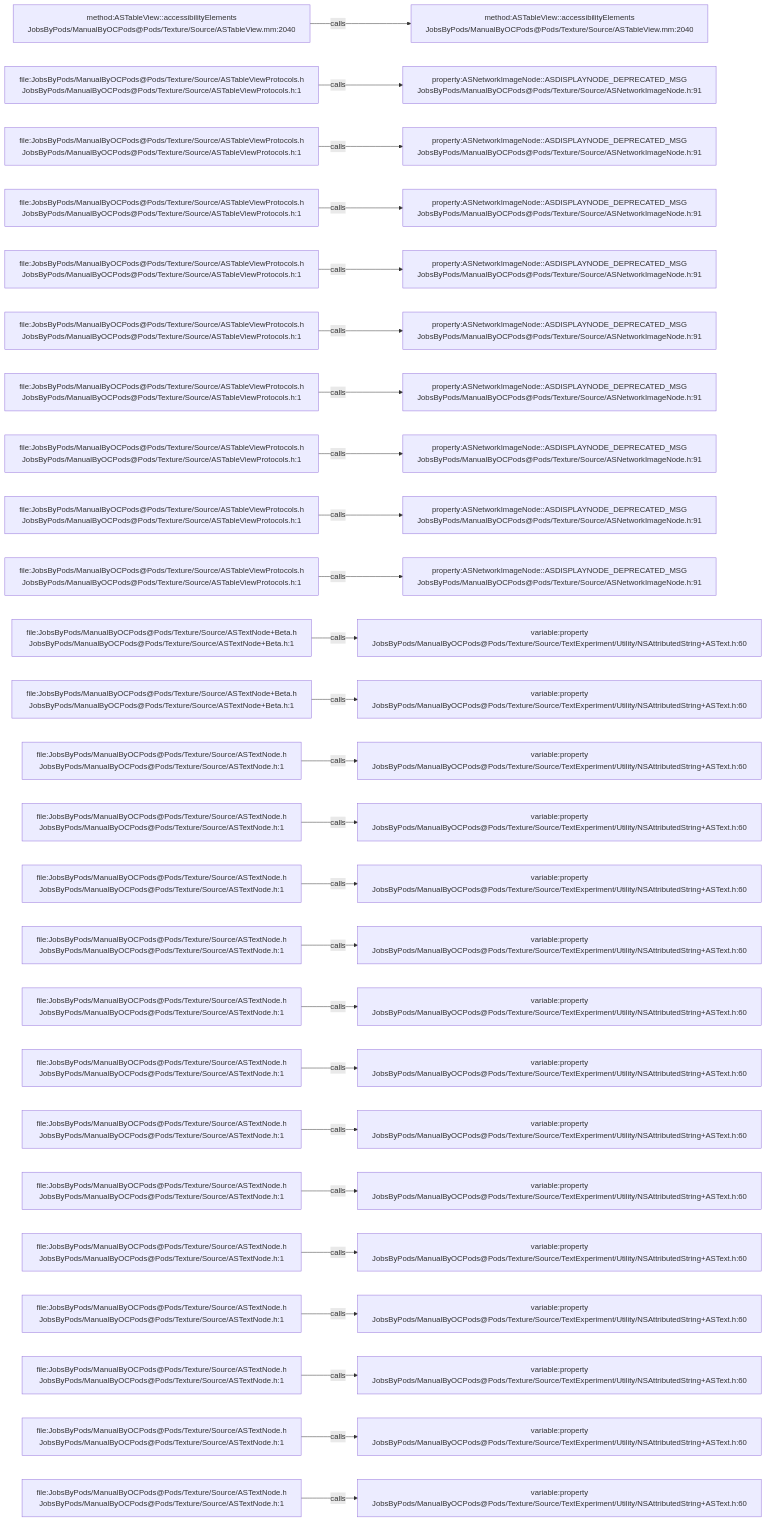
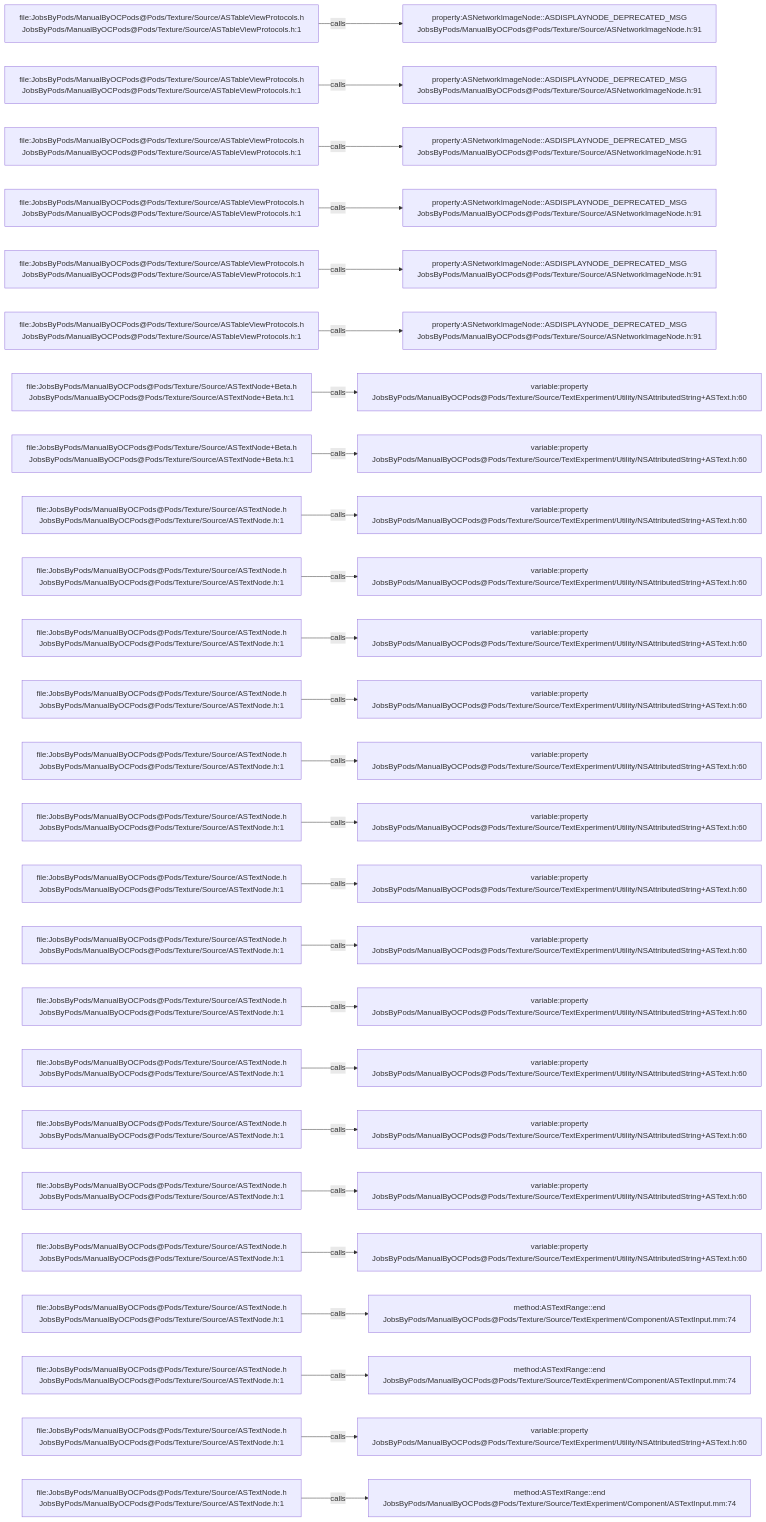
One commit to JobsKits/JobsOCBaseConfigDemo changed the diagram in .codegraph/codegraph.md/graphs/calls-130.md. Above: the diagram before and after it, drawn with Mermaid. The commit also changed 727 other files, not shown here.

````diff
--- a/.codegraph/codegraph.md/graphs/calls-130.md
+++ b/.codegraph/codegraph.md/graphs/calls-130.md
@@ -13,78 +13,78 @@
 ```mermaid
 flowchart LR
-  S1["method:ASTableView::accessibilityElements<br/>JobsByPods/ManualByOCPods@Pods/Texture/Source/ASTableView.mm:2040"]
-  T1["method:ASTableView::accessibilityElements<br/>JobsByPods/ManualByOCPods@Pods/Texture/Source/ASTableView.mm:2040"]
+  S1["file:JobsByPods/ManualByOCPods@Pods/Texture/Source/ASTableViewProtocols.h<br/>JobsByPods/ManualByOCPods@Pods/Texture/Source/ASTableViewProtocols.h:1"]
+  T1["property:ASNetworkImageNode::ASDISPLAYNODE_DEPRECATED_MSG<br/>JobsByPods/ManualByOCPods@Pods/Texture/Source/ASNetworkImageNode.h:91"]
   S1 -->|calls| T1
   S2["file:JobsByPods/ManualByOCPods@Pods/Texture/Source/ASTableViewProtocols.h<br/>JobsByPods/ManualByOCPods@Pods/Texture/Source/ASTableViewProtocols.h:1"]
   T2["property:ASNetworkImageNode::ASDISPLAYNODE_DEPRECATED_MSG<br/>JobsByPods/ManualByOCPods@Pods/Texture/Source/ASNetworkImageNode.h:91"]
   S2 -->|calls| T2
   S3["file:JobsByPods/ManualByOCPods@Pods/Texture/Source/ASTableViewProtocols.h<br/>JobsByPods/ManualByOCPods@Pods/Texture/Source/ASTableViewProtocols.h:1"]
   T3["property:ASNetworkImageNode::ASDISPLAYNODE_DEPRECATED_MSG<br/>JobsByPods/ManualByOCPods@Pods/Texture/Source/ASNetworkImageNode.h:91"]
   S3 -->|calls| T3
   S4["file:JobsByPods/ManualByOCPods@Pods/Texture/Source/ASTableViewProtocols.h<br/>JobsByPods/ManualByOCPods@Pods/Texture/Source/ASTableViewProtocols.h:1"]
   T4["property:ASNetworkImageNode::ASDISPLAYNODE_DEPRECATED_MSG<br/>JobsByPods/ManualByOCPods@Pods/Texture/Source/ASNetworkImageNode.h:91"]
   S4 -->|calls| T4
   S5["file:JobsByPods/ManualByOCPods@Pods/Texture/Source/ASTableViewProtocols.h<br/>JobsByPods/ManualByOCPods@Pods/Texture/Source/ASTableViewProtocols.h:1"]
   T5["property:ASNetworkImageNode::ASDISPLAYNODE_DEPRECATED_MSG<br/>JobsByPods/ManualByOCPods@Pods/Texture/Source/ASNetworkImageNode.h:91"]
   S5 -->|calls| T5
   S6["file:JobsByPods/ManualByOCPods@Pods/Texture/Source/ASTableViewProtocols.h<br/>JobsByPods/ManualByOCPods@Pods/Texture/Source/ASTableViewProtocols.h:1"]
   T6["property:ASNetworkImageNode::ASDISPLAYNODE_DEPRECATED_MSG<br/>JobsByPods/ManualByOCPods@Pods/Texture/Source/ASNetworkImageNode.h:91"]
   S6 -->|calls| T6
-  S7["file:JobsByPods/ManualByOCPods@Pods/Texture/Source/ASTableViewProtocols.h<br/>JobsByPods/ManualByOCPods@Pods/Texture/Source/ASTableViewProtocols.h:1"]
-  T7["property:ASNetworkImageNode::ASDISPLAYNODE_DEPRECATED_MSG<br/>JobsByPods/ManualByOCPods@Pods/Texture/Source/ASNetworkImageNode.h:91"]
+  S7["file:JobsByPods/ManualByOCPods@Pods/Texture/Source/ASTextNode+Beta.h<br/>JobsByPods/ManualByOCPods@Pods/Texture/Source/ASTextNode+Beta.h:1"]
+  T7["variable:property<br/>JobsByPods/ManualByOCPods@Pods/Texture/Source/TextExperiment/Utility/NSAttributedString+ASText.h:60"]
   S7 -->|calls| T7
-  S8["file:JobsByPods/ManualByOCPods@Pods/Texture/Source/ASTableViewProtocols.h<br/>JobsByPods/ManualByOCPods@Pods/Texture/Source/ASTableViewProtocols.h:1"]
-  T8["property:ASNetworkImageNode::ASDISPLAYNODE_DEPRECATED_MSG<br/>JobsByPods/ManualByOCPods@Pods/Texture/Source/ASNetworkImageNode.h:91"]
+  S8["file:JobsByPods/ManualByOCPods@Pods/Texture/Source/ASTextNode+Beta.h<br/>JobsByPods/ManualByOCPods@Pods/Texture/Source/ASTextNode+Beta.h:1"]
+  T8["variable:property<br/>JobsByPods/ManualByOCPods@Pods/Texture/Source/TextExperiment/Utility/NSAttributedString+ASText.h:60"]
   S8 -->|calls| T8
-  S9["file:JobsByPods/ManualByOCPods@Pods/Texture/Source/ASTableViewProtocols.h<br/>JobsByPods/ManualByOCPods@Pods/Texture/Source/ASTableViewProtocols.h:1"]
-  T9["property:ASNetworkImageNode::ASDISPLAYNODE_DEPRECATED_MSG<br/>JobsByPods/ManualByOCPods@Pods/Texture/Source/ASNetworkImageNode.h:91"]
+  S9["file:JobsByPods/ManualByOCPods@Pods/Texture/Source/ASTextNode.h<br/>JobsByPods/ManualByOCPods@Pods/Texture/Source/ASTextNode.h:1"]
+  T9["variable:property<br/>JobsByPods/ManualByOCPods@Pods/Texture/Source/TextExperiment/Utility/NSAttributedString+ASText.h:60"]
   S9 -->|calls| T9
-  S10["file:JobsByPods/ManualByOCPods@Pods/Texture/Source/ASTableViewProtocols.h<br/>JobsByPods/ManualByOCPods@Pods/Texture/Source/ASTableViewProtocols.h:1"]
-  T10["property:ASNetworkImageNode::ASDISPLAYNODE_DEPRECATED_MSG<br/>JobsByPods/ManualByOCPods@Pods/Texture/Source/ASNetworkImageNode.h:91"]
+  S10["file:JobsByPods/ManualByOCPods@Pods/Texture/Source/ASTextNode.h<br/>JobsByPods/ManualByOCPods@Pods/Texture/Source/ASTextNode.h:1"]
+  T10["variable:property<br/>JobsByPods/ManualByOCPods@Pods/Texture/Source/TextExperiment/Utility/NSAttributedString+ASText.h:60"]
   S10 -->|calls| T10
-  S11["file:JobsByPods/ManualByOCPods@Pods/Texture/Source/ASTextNode+Beta.h<br/>JobsByPods/ManualByOCPods@Pods/Texture/Source/ASTextNode+Beta.h:1"]
+  S11["file:JobsByPods/ManualByOCPods@Pods/Texture/Source/ASTextNode.h<br/>JobsByPods/ManualByOCPods@Pods/Texture/Source/ASTextNode.h:1"]
   T11["variable:property<br/>JobsByPods/ManualByOCPods@Pods/Texture/Source/TextExperiment/Utility/NSAttributedString+ASText.h:60"]
   S11 -->|calls| T11
-  S12["file:JobsByPods/ManualByOCPods@Pods/Texture/Source/ASTextNode+Beta.h<br/>JobsByPods/ManualByOCPods@Pods/Texture/Source/ASTextNode+Beta.h:1"]
+  S12["file:JobsByPods/ManualByOCPods@Pods/Texture/Source/ASTextNode.h<br/>JobsByPods/ManualByOCPods@Pods/Texture/Source/ASTextNode.h:1"]
   T12["variable:property<br/>JobsByPods/ManualByOCPods@Pods/Texture/Source/TextExperiment/Utility/NSAttributedString+ASText.h:60"]
   S12 -->|calls| T12
   S13["file:JobsByPods/ManualByOCPods@Pods/Texture/Source/ASTextNode.h<br/>JobsByPods/ManualByOCPods@Pods/Texture/Source/ASTextNode.h:1"]
   T13["variable:property<br/>JobsByPods/ManualByOCPods@Pods/Texture/Source/TextExperiment/Utility/NSAttributedString+ASText.h:60"]
   S13 -->|calls| T13
   S14["file:JobsByPods/ManualByOCPods@Pods/Texture/Source/ASTextNode.h<br/>JobsByPods/ManualByOCPods@Pods/Texture/Source/ASTextNode.h:1"]
   T14["variable:property<br/>JobsByPods/ManualByOCPods@Pods/Texture/Source/TextExperiment/Utility/NSAttributedString+ASText.h:60"]
   S14 -->|calls| T14
   S15["file:JobsByPods/ManualByOCPods@Pods/Texture/Source/ASTextNode.h<br/>JobsByPods/ManualByOCPods@Pods/Texture/Source/ASTextNode.h:1"]
   T15["variable:property<br/>JobsByPods/ManualByOCPods@Pods/Texture/Source/TextExperiment/Utility/NSAttributedString+ASText.h:60"]
   S15 -->|calls| T15
   S16["file:JobsByPods/ManualByOCPods@Pods/Texture/Source/ASTextNode.h<br/>JobsByPods/ManualByOCPods@Pods/Texture/Source/ASTextNode.h:1"]
   T16["variable:property<br/>JobsByPods/ManualByOCPods@Pods/Texture/Source/TextExperiment/Utility/NSAttributedString+ASText.h:60"]
   S16 -->|calls| T16
   S17["file:JobsByPods/ManualByOCPods@Pods/Texture/Source/ASTextNode.h<br/>JobsByPods/ManualByOCPods@Pods/Texture/Source/ASTextNode.h:1"]
   T17["variable:property<br/>JobsByPods/ManualByOCPods@Pods/Texture/Source/TextExperiment/Utility/NSAttributedString+ASText.h:60"]
   S17 -->|calls| T17
   S18["file:JobsByPods/ManualByOCPods@Pods/Texture/Source/ASTextNode.h<br/>JobsByPods/ManualByOCPods@Pods/Texture/Source/ASTextNode.h:1"]
   T18["variable:property<br/>JobsByPods/ManualByOCPods@Pods/Texture/Source/TextExperiment/Utility/NSAttributedString+ASText.h:60"]
   S18 -->|calls| T18
   S19["file:JobsByPods/ManualByOCPods@Pods/Texture/Source/ASTextNode.h<br/>JobsByPods/ManualByOCPods@Pods/Texture/Source/ASTextNode.h:1"]
   T19["variable:property<br/>JobsByPods/ManualByOCPods@Pods/Texture/Source/TextExperiment/Utility/NSAttributedString+ASText.h:60"]
   S19 -->|calls| T19
   S20["file:JobsByPods/ManualByOCPods@Pods/Texture/Source/ASTextNode.h<br/>JobsByPods/ManualByOCPods@Pods/Texture/Source/ASTextNode.h:1"]
   T20["variable:property<br/>JobsByPods/ManualByOCPods@Pods/Texture/Source/TextExperiment/Utility/NSAttributedString+ASText.h:60"]
   S20 -->|calls| T20
   S21["file:JobsByPods/ManualByOCPods@Pods/Texture/Source/ASTextNode.h<br/>JobsByPods/ManualByOCPods@Pods/Texture/Source/ASTextNode.h:1"]
   T21["variable:property<br/>JobsByPods/ManualByOCPods@Pods/Texture/Source/TextExperiment/Utility/NSAttributedString+ASText.h:60"]
   S21 -->|calls| T21
   S22["file:JobsByPods/ManualByOCPods@Pods/Texture/Source/ASTextNode.h<br/>JobsByPods/ManualByOCPods@Pods/Texture/Source/ASTextNode.h:1"]
-  T22["variable:property<br/>JobsByPods/ManualByOCPods@Pods/Texture/Source/TextExperiment/Utility/NSAttributedString+ASText.h:60"]
+  T22["method:ASTextRange::end<br/>JobsByPods/ManualByOCPods@Pods/Texture/Source/TextExperiment/Component/ASTextInput.mm:74"]
   S22 -->|calls| T22
   S23["file:JobsByPods/ManualByOCPods@Pods/Texture/Source/ASTextNode.h<br/>JobsByPods/ManualByOCPods@Pods/Texture/Source/ASTextNode.h:1"]
-  T23["variable:property<br/>JobsByPods/ManualByOCPods@Pods/Texture/Source/TextExperiment/Utility/NSAttributedString+ASText.h:60"]
+  T23["method:ASTextRange::end<br/>JobsByPods/ManualByOCPods@Pods/Texture/Source/TextExperiment/Component/ASTextInput.mm:74"]
   S23 -->|calls| T23
   S24["file:JobsByPods/ManualByOCPods@Pods/Texture/Source/ASTextNode.h<br/>JobsByPods/ManualByOCPods@Pods/Texture/Source/ASTextNode.h:1"]
   T24["variable:property<br/>JobsByPods/ManualByOCPods@Pods/Texture/Source/TextExperiment/Utility/NSAttributedString+ASText.h:60"]
   S24 -->|calls| T24
   S25["file:JobsByPods/ManualByOCPods@Pods/Texture/Source/ASTextNode.h<br/>JobsByPods/ManualByOCPods@Pods/Texture/Source/ASTextNode.h:1"]
-  T25["variable:property<br/>JobsByPods/ManualByOCPods@Pods/Texture/Source/TextExperiment/Utility/NSAttributedString+ASText.h:60"]
+  T25["method:ASTextRange::end<br/>JobsByPods/ManualByOCPods@Pods/Texture/Source/TextExperiment/Component/ASTextInput.mm:74"]
   S25 -->|calls| T25
 ```
````
